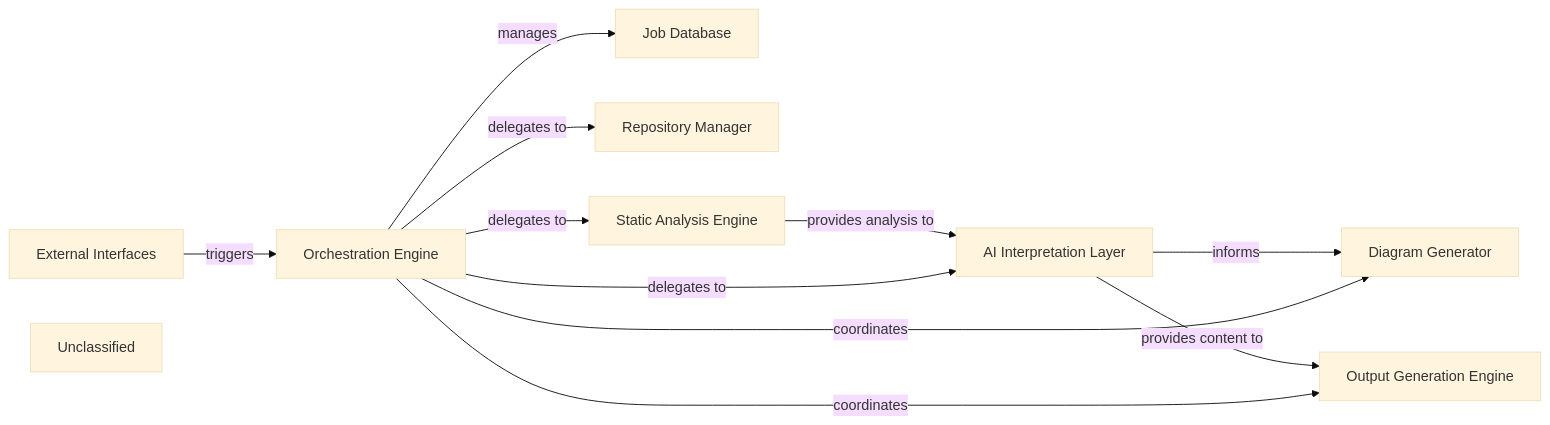
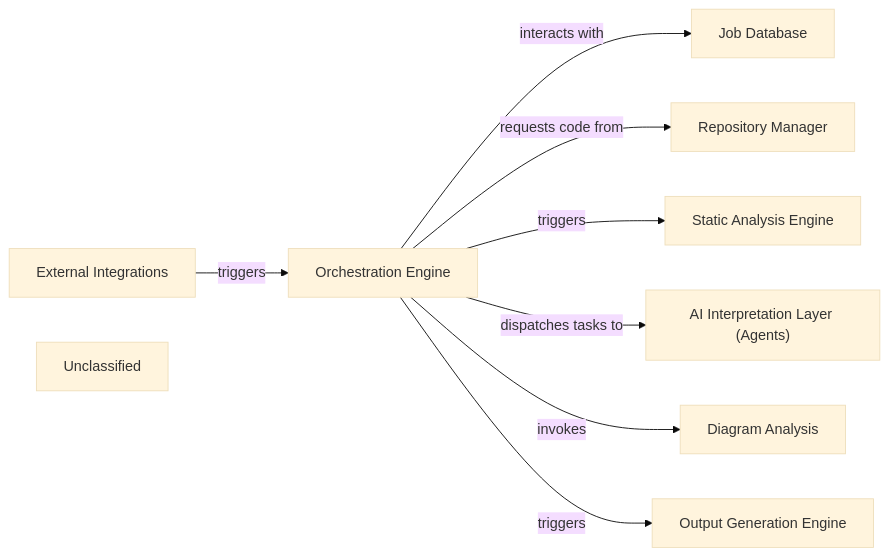
One commit to mariyam866/CodeBoarding changed the diagram in .codeboarding/Orchestration_Engine.md. Above: the diagram before and after it, drawn with Mermaid (base theme). The commit also changed other lines of this file and 15 other files, not shown here.

First line of the commit message:
docs: update codeboarding documentation and generate architecture

````diff
--- a/.codeboarding/Orchestration_Engine.md
+++ b/.codeboarding/Orchestration_Engine.md
@@ -1,26 +1,23 @@
 ```mermaid
 graph LR
     Orchestration_Engine["Orchestration Engine"]
     Job_Database["Job Database"]
-    External_Interfaces["External Interfaces"]
     Repository_Manager["Repository Manager"]
     Static_Analysis_Engine["Static Analysis Engine"]
-    AI_Interpretation_Layer["AI Interpretation Layer"]
-    Diagram_Generator["Diagram Generator"]
+    AI_Interpretation_Layer_Agents_["AI Interpretation Layer (Agents)"]
+    Diagram_Analysis["Diagram Analysis"]
     Output_Generation_Engine["Output Generation Engine"]
+    External_Integrations["External Integrations"]
     Unclassified["Unclassified"]
-    External_Interfaces -- "triggers" --> Orchestration_Engine
-    Orchestration_Engine -- "manages" --> Job_Database
-    Orchestration_Engine -- "delegates to" --> Repository_Manager
-    Orchestration_Engine -- "delegates to" --> Static_Analysis_Engine
-    Static_Analysis_Engine -- "provides analysis to" --> AI_Interpretation_Layer
-    AI_Interpretation_Layer -- "informs" --> Diagram_Generator
-    AI_Interpretation_Layer -- "provides content to" --> Output_Generation_Engine
-    Orchestration_Engine -- "coordinates" --> Diagram_Generator
-    Orchestration_Engine -- "coordinates" --> Output_Generation_Engine
-    Orchestration_Engine -- "delegates to" --> AI_Interpretation_Layer
+    Orchestration_Engine -- "interacts with" --> Job_Database
+    Orchestration_Engine -- "requests code from" --> Repository_Manager
+    Orchestration_Engine -- "triggers" --> Static_Analysis_Engine
+    Orchestration_Engine -- "dispatches tasks to" --> AI_Interpretation_Layer_Agents_
+    Orchestration_Engine -- "invokes" --> Diagram_Analysis
+    Orchestration_Engine -- "triggers" --> Output_Generation_Engine
+    External_Integrations -- "triggers" --> Orchestration_Engine
     click Orchestration_Engine href "https://github.com/CodeBoarding/CodeBoarding/blob/main/.codeboarding/Orchestration_Engine.md" "Details"
+    click Job_Database href "https://github.com/CodeBoarding/CodeBoarding/blob/main/.codeboarding/Job_Database.md" "Details"
     click Static_Analysis_Engine href "https://github.com/CodeBoarding/CodeBoarding/blob/main/.codeboarding/Static_Analysis_Engine.md" "Details"
-    click AI_Interpretation_Layer href "https://github.com/CodeBoarding/CodeBoarding/blob/main/.codeboarding/AI_Interpretation_Layer.md" "Details"
     click Output_Generation_Engine href "https://github.com/CodeBoarding/CodeBoarding/blob/main/.codeboarding/Output_Generation_Engine.md" "Details"
 ```
````
